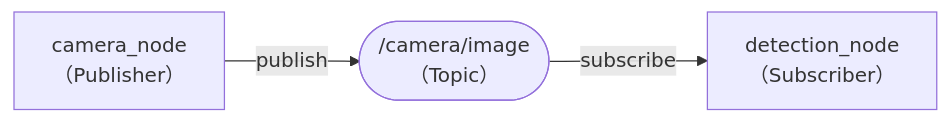
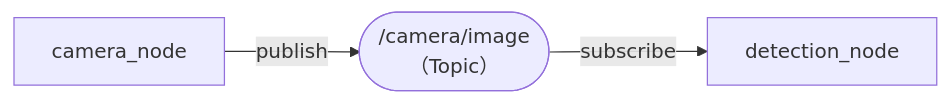
The first of 4 diagrams in docs/01_introduction.md (Harlequinade1123/ros1-tutorials), drawn with Mermaid before and after one commit. The commit also changed other lines of this file, not shown here.

Commit message:
docs: reorganize concept diagrams and clarify roscore description in ch.1

````diff
--- a/docs/01_introduction.md
+++ b/docs/01_introduction.md
@@ -48,5 +48,5 @@
 ```mermaid
 graph LR
-    camera_node["camera_node<br/>（Publisher）"] -->|"publish"| topic(["/camera/image<br/>（Topic）"])
-    topic -->|"subscribe"| detection_node["detection_node<br/>（Subscriber）"]
+    camera_node["camera_node"] -->|"publish"| topic(["/camera/image<br/>（Topic）"])
+    topic -->|"subscribe"| detection_node["detection_node"]
 ```
````
